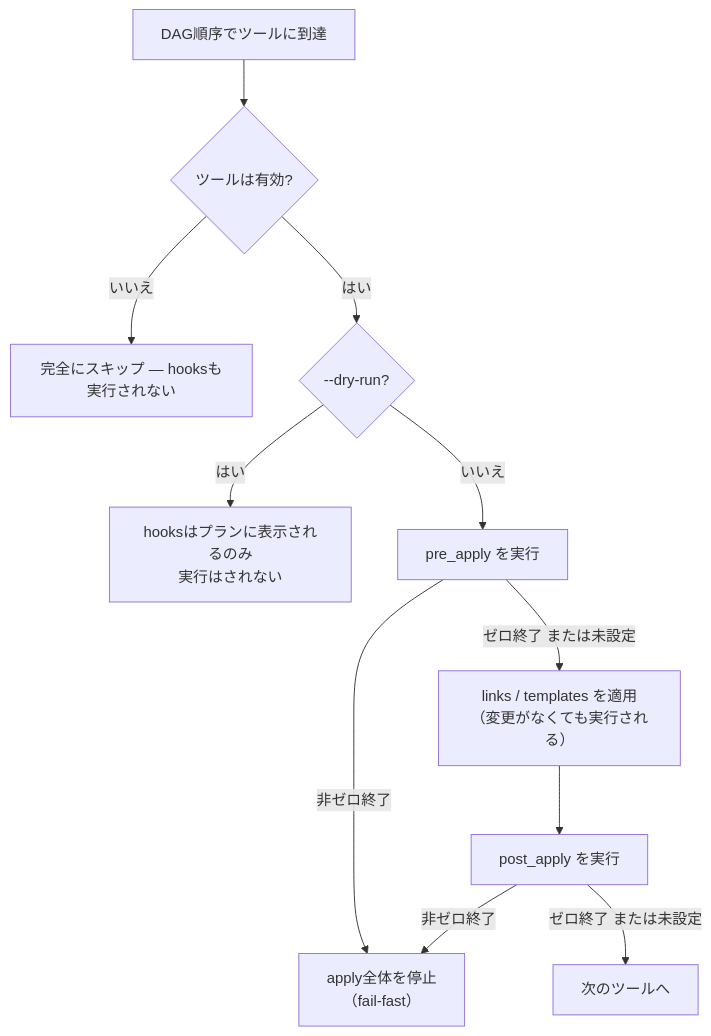
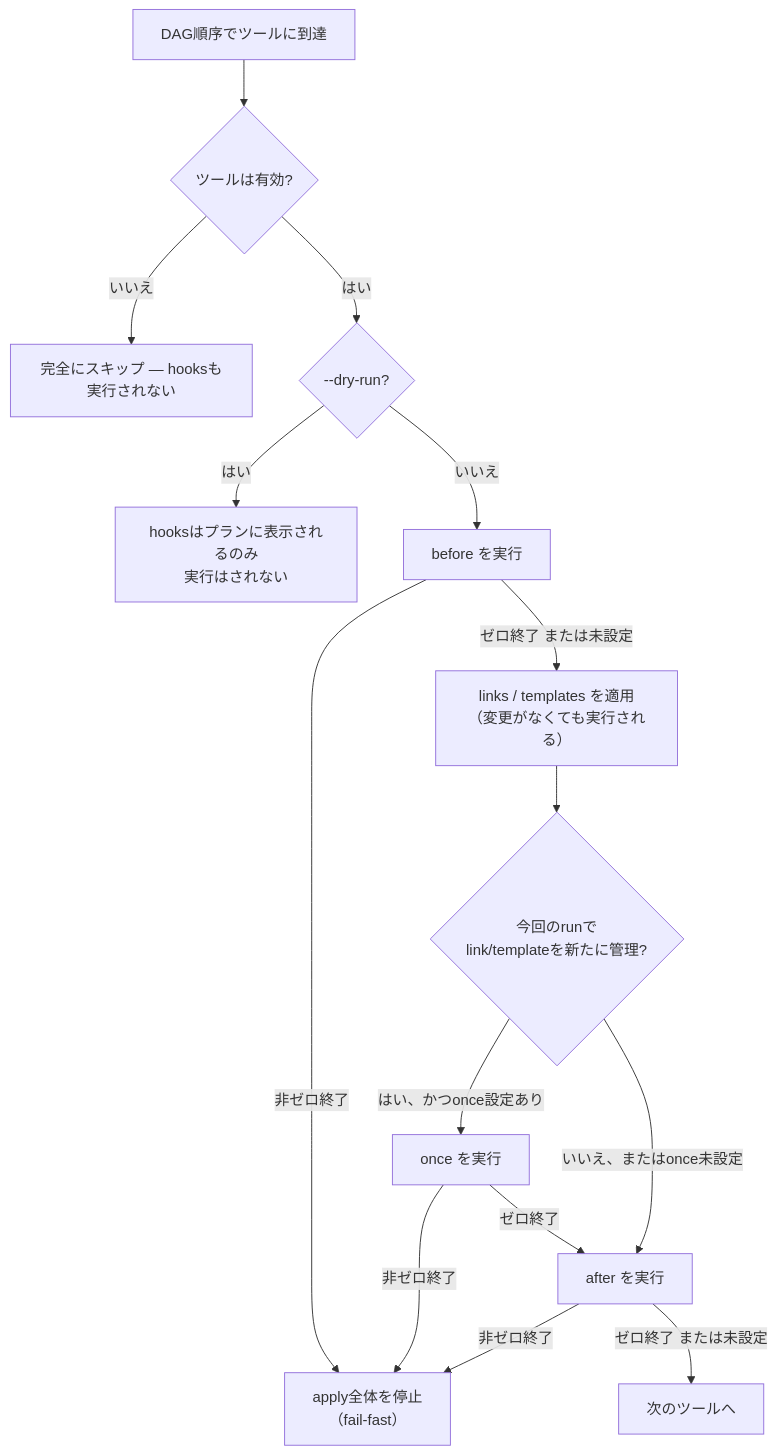
The fourth of 4 diagrams in README.ja.md (rinsyan0518/ten), drawn with Mermaid before and after one commit. The commit also changed other lines of this file and 9 other files, not shown here.

First line of the commit message:
Rename pre_apply/post_apply to before/after, add once hook (#15)

````diff
--- a/README.ja.md
+++ b/README.ja.md
@@ -154,13 +156,17 @@
 ```mermaid
 flowchart TD
     Start["DAG順序でツールに到達"] --> Enabled{"ツールは有効?"}
     Enabled -->|いいえ| Skip["完全にスキップ — hooksも実行されない"]
     Enabled -->|はい| Dry{"--dry-run?"}
     Dry -->|はい| Plan["hooksはプランに表示されるのみ\n実行はされない"]
-    Dry -->|いいえ| Pre["pre_apply を実行"]
+    Dry -->|いいえ| Pre["before を実行"]
     Pre -->|非ゼロ終了| Fail["apply全体を停止\n（fail-fast）"]
     Pre -->|ゼロ終了 または未設定| Res["links / templates を適用\n（変更がなくても実行される）"]
-    Res --> Post["post_apply を実行"]
+    Res --> New{"今回のrunで\nlink/templateを新たに管理?"}
+    New -->|はい、かつonce設定あり| Once["once を実行"]
+    New -->|いいえ、またはonce未設定| Post["after を実行"]
+    Once -->|非ゼロ終了| Fail
+    Once -->|ゼロ終了| Post
     Post -->|非ゼロ終了| Fail
     Post -->|ゼロ終了 または未設定| Next["次のツールへ"]
 ```
````
